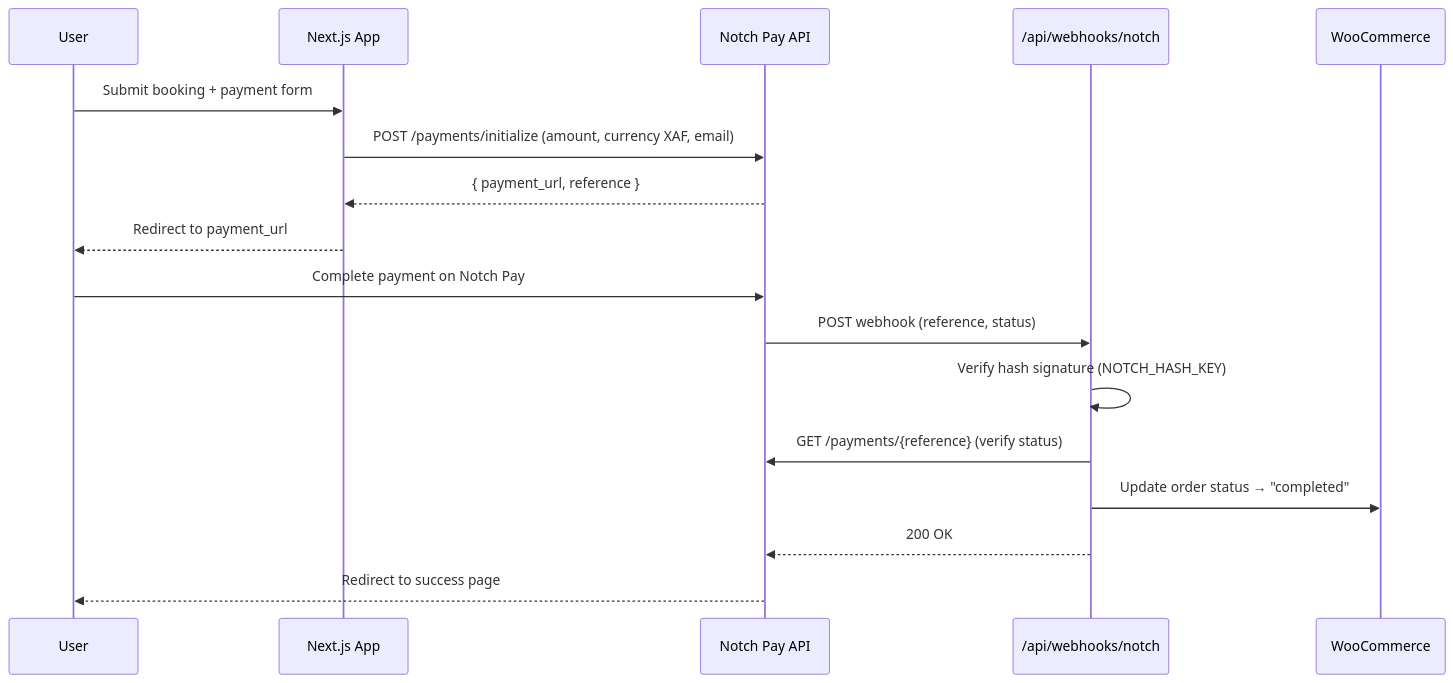
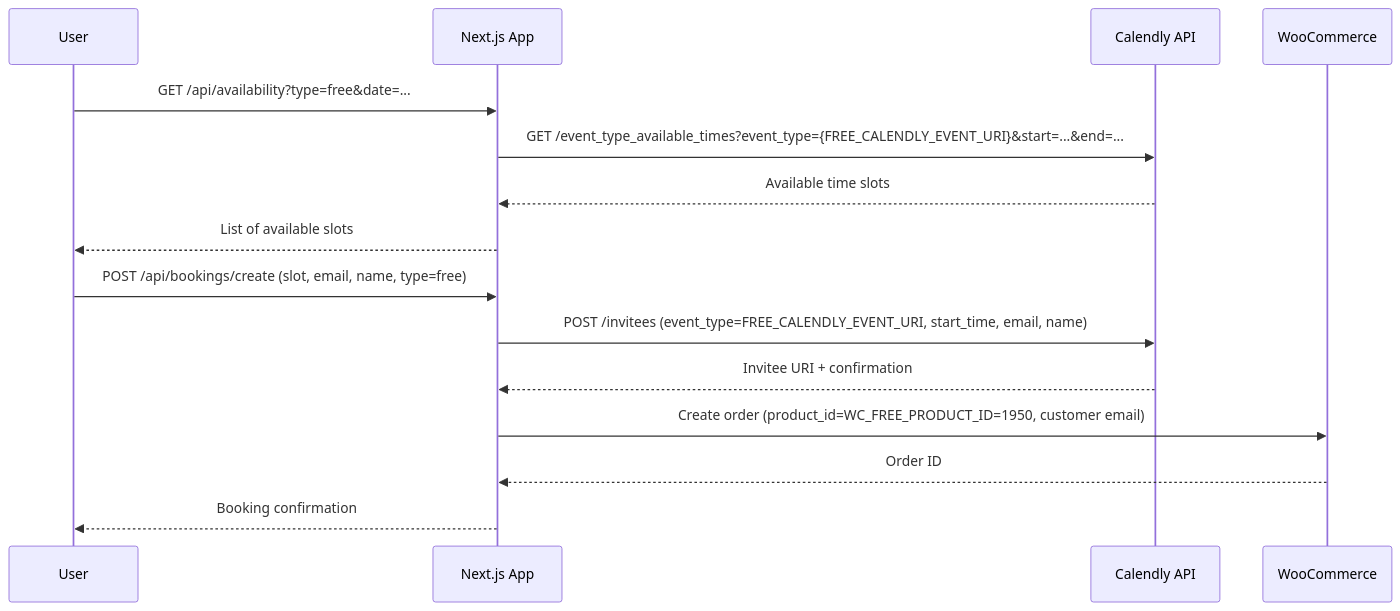
One commit to nt-michael/legal-cameroun-public changed the third of 4 diagrams in HANDBOOK.md. Above: the diagram before and after it, drawn with Mermaid. The commit also changed other lines of this file and 8 other files, not shown here.

Commit message:
enhanced automatic availability of blog post

````diff
--- a/HANDBOOK.md
+++ b/HANDBOOK.md
@@ -1022,20 +670,19 @@
 ```mermaid
 sequenceDiagram
     participant U as User
     participant App as Next.js App
-    participant NP as Notch Pay API
-    participant WH as /api/webhooks/notch
+    participant CAL as Calendly API
     participant WC as WooCommerce
 
-    U->>App: Submit booking + payment form
-    App->>NP: POST /payments/initialize (amount, currency XAF, email)
-    NP-->>App: { payment_url, reference }
-    App-->>U: Redirect to payment_url
-    U->>NP: Complete payment on Notch Pay
-    NP->>WH: POST webhook (reference, status)
-    WH->>WH: Verify hash signature (NOTCH_HASH_KEY)
-    WH->>NP: GET /payments/{reference} (verify status)
-    WH->>WC: Update order status → "completed"
-    WH-->>NP: 200 OK
-    NP-->>U: Redirect to success page
+    U->>App: GET /api/availability?type=free&date=...
+    App->>CAL: GET /event_type_available_times?event_type={FREE_CALENDLY_EVENT_URI}&start=...&end=...
+    CAL-->>App: Available time slots
+    App-->>U: List of available slots
+
+    U->>App: POST /api/bookings/create (slot, email, name, type=free)
+    App->>CAL: POST /invitees (event_type=FREE_CALENDLY_EVENT_URI, start_time, email, name)
+    CAL-->>App: Invitee URI + confirmation
+    App->>WC: Create order (product_id=WC_FREE_PRODUCT_ID=1950, customer email)
+    WC-->>App: Order ID
+    App-->>U: Booking confirmation
 ```
````
